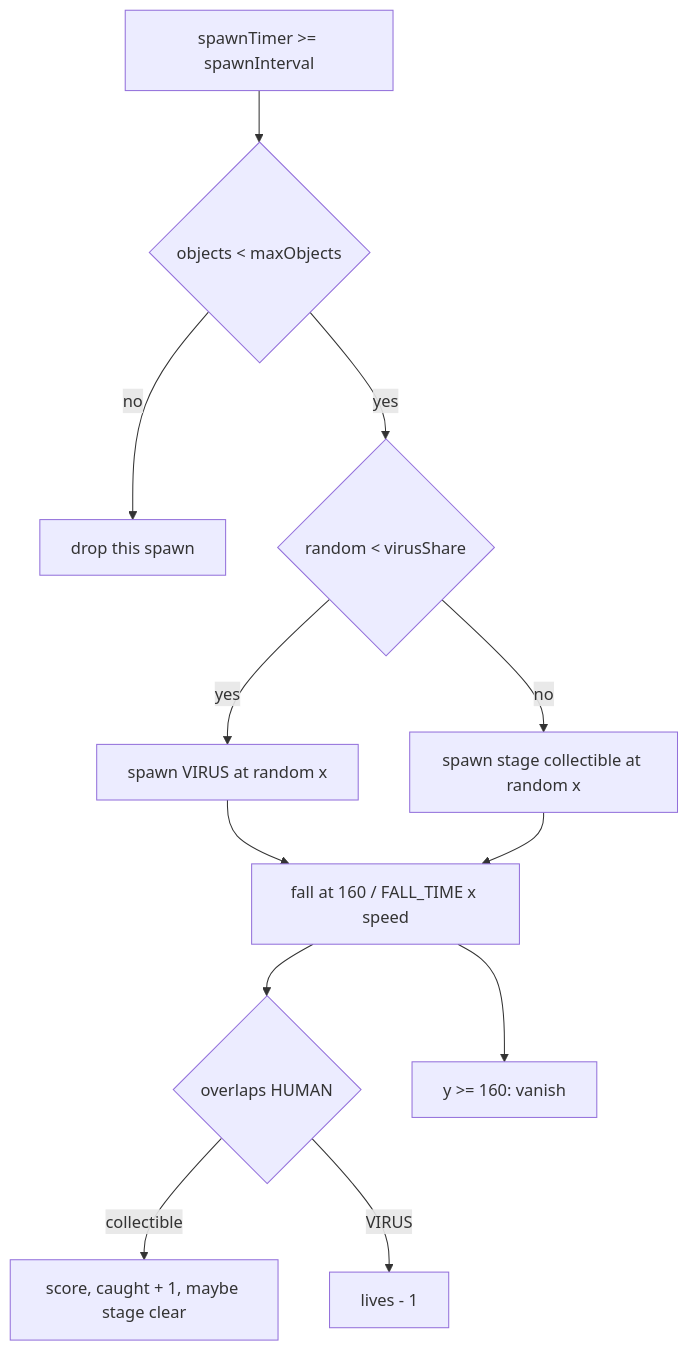
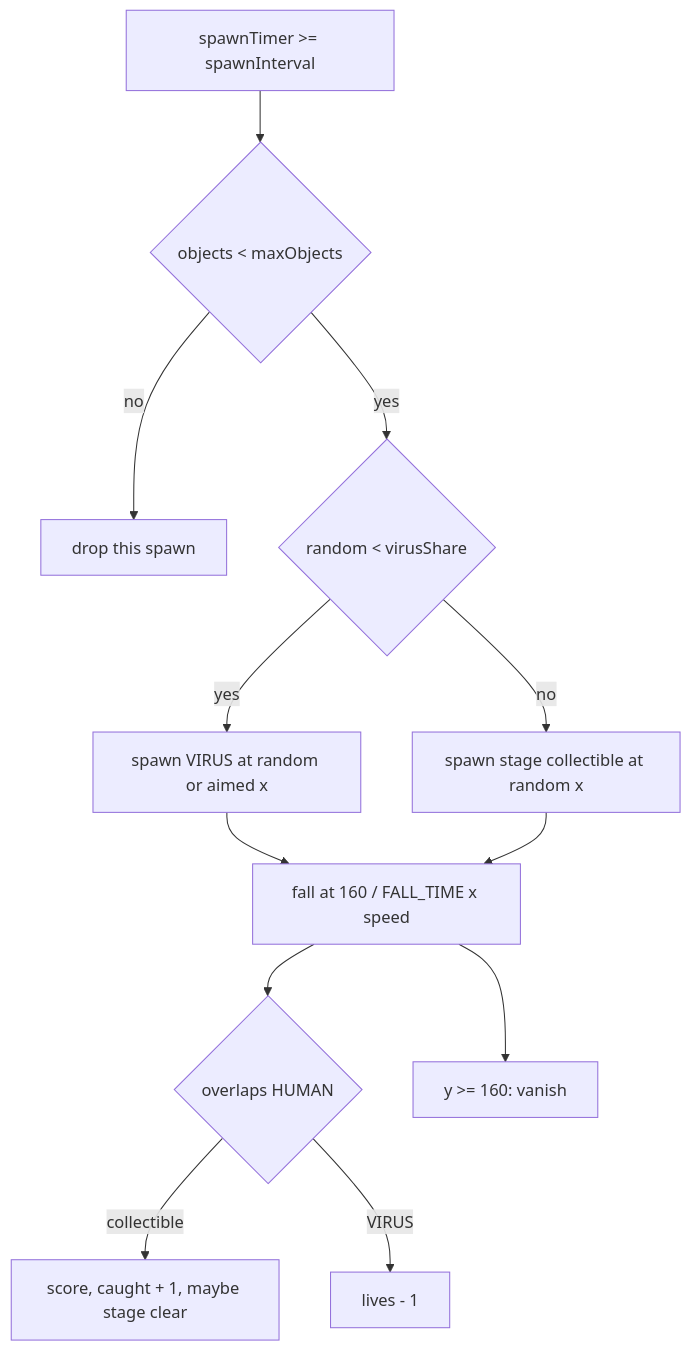
One commit to snow-note/aiCatch changed the third of 4 diagrams in aidlc/spaces/default/codekb/aiCatch/architecture.md. Above: the diagram before and after it, drawn with Mermaid. The commit also changed other lines of this file and 47 other files, not shown here.

````diff
--- a/aidlc/spaces/default/codekb/aiCatch/architecture.md
+++ b/aidlc/spaces/default/codekb/aiCatch/architecture.md
@@ -113,14 +110,14 @@
 ```mermaid
 flowchart TD
   T[spawnTimer >= spawnInterval] --> Q{objects < maxObjects}
   Q -- no --> D[drop this spawn]
   Q -- yes --> P{random < virusShare}
-  P -- yes --> V[spawn VIRUS at random x]
+  P -- yes --> V[spawn VIRUS at random or aimed x]
   P -- no --> K[spawn stage collectible at random x]
   V --> F[fall at 160 / FALL_TIME x speed]
   K --> F
   F --> O{overlaps HUMAN}
   O -- collectible --> Sc[score, caught + 1, maybe stage clear]
   O -- VIRUS --> L[lives - 1]
   F --> B[y >= 160: vanish]
 ```
````
